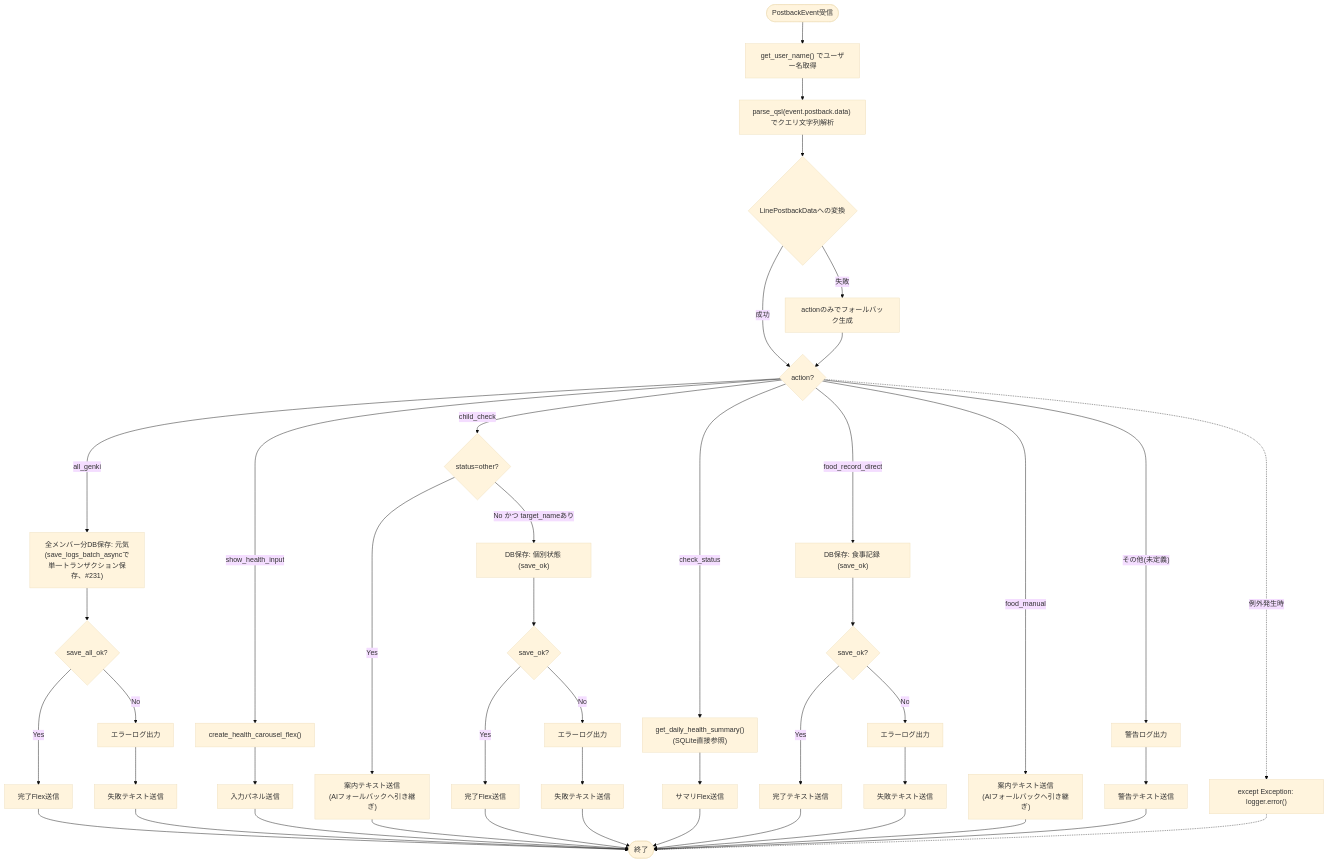
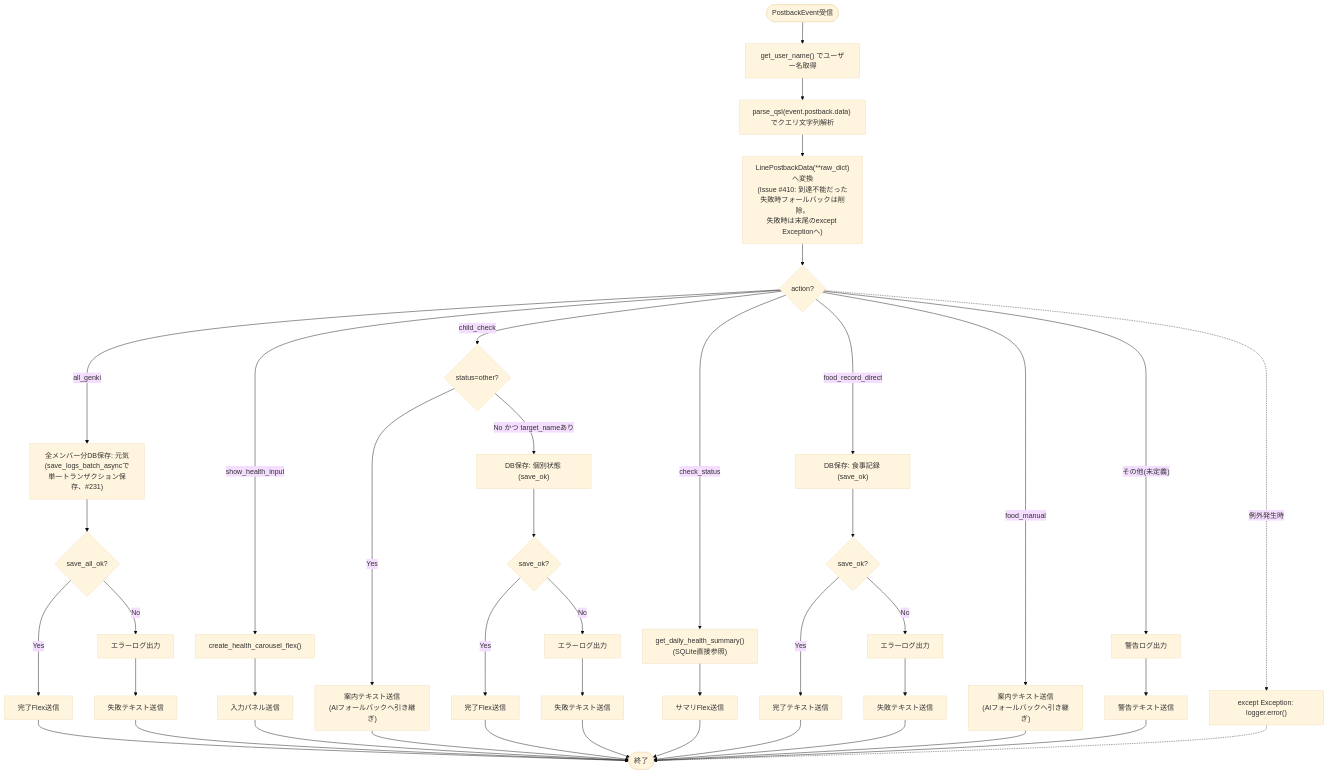
One commit to mmtigers/my_python_project changed the first of 2 diagrams in docs/specifications/MY_HOME_SYSTEM/line_logic.md. Above: the diagram before and after it, drawn with Mermaid (base theme). The commit also changed other lines of this file and 211 other files, not shown here.

````diff
--- a/docs/specifications/MY_HOME_SYSTEM/line_logic.md
+++ b/docs/specifications/MY_HOME_SYSTEM/line_logic.md
@@ -260,39 +219,38 @@
 ```mermaid
 flowchart TD
     Start([PostbackEvent受信]) --> GetUser["get_user_name() でユーザー名取得"]
     GetUser --> ParseQS["parse_qsl(event.postback.data) でクエリ文字列解析"]
-    ParseQS --> ModelParse{"LinePostbackDataへの変換"}
-    ModelParse -- 成功 --> ActionCheck{"action?"}
-    ModelParse -- 失敗 --> Fallback["actionのみでフォールバック生成"] --> ActionCheck
+    ParseQS --> ModelParse["LinePostbackData(**raw_dict)へ変換<br>(Issue #410: 到達不能だった失敗時フォールバックは削除。<br>失敗時は末尾のexcept Exceptionへ)"]
+    ModelParse --> ActionCheck{"action?"}
 
     ActionCheck -->|"all_genki"| PB_AllGenki["全メンバー分DB保存: 元気<br>(save_logs_batch_asyncで単一トランザクション保存、#231)"] --> PB_AllGenkiCheck{"save_all_ok?"}
     PB_AllGenkiCheck -->|No| PB_AllGenkiFail["エラーログ出力"] --> PB_Reply1b["失敗テキスト送信"]
     PB_AllGenkiCheck -->|Yes| PB_Reply1["完了Flex送信"]
     ActionCheck -->|"show_health_input"| PB_Show["create_health_carousel_flex()"] --> PB_Reply2["入力パネル送信"]
     ActionCheck -->|"child_check"| StatusCheck{"status=other?"}
     StatusCheck -->|Yes| PB_Prompt["案内テキスト送信<br>(AIフォールバックへ引き継ぎ)"]
     StatusCheck -->|No かつ target_nameあり| PB_ChildLog["DB保存: 個別状態 (save_ok)"] --> PB_ChildCheck{"save_ok?"}
     PB_ChildCheck -->|No| PB_ChildFail["エラーログ出力"] --> PB_Reply4b["失敗テキスト送信"]
     PB_ChildCheck -->|Yes| PB_Reply4["完了Flex送信"]
     ActionCheck -->|"check_status"| PB_Summary["get_daily_health_summary()<br>(SQLite直接参照)"] --> PB_Reply5["サマリFlex送信"]
     ActionCheck -->|"food_record_direct"| PB_FoodDirect["DB保存: 食事記録 (save_ok)"] --> PB_FoodCheck{"save_ok?"}
     PB_FoodCheck -->|No| PB_FoodFail["エラーログ出力"] --> PB_Reply6b["失敗テキスト送信"]
     PB_FoodCheck -->|Yes| PB_Reply6a["完了テキスト送信"]
     ActionCheck -->|"food_manual"| PB_FoodManual["案内テキスト送信<br>(AIフォールバックへ引き継ぎ)"]
     ActionCheck -->|"その他(未定義)"| PB_Fallback["警告ログ出力"] --> PB_Reply7["警告テキスト送信"]
 
     PB_Reply1 --> End([終了])
     PB_Reply1b --> End
     PB_Reply2 --> End
     PB_Prompt --> End
     PB_Reply4 --> End
     PB_Reply4b --> End
     PB_Reply5 --> End
     PB_Reply6a --> End
     PB_Reply6b --> End
     PB_FoodManual --> End
     PB_Reply7 --> End
 
     ActionCheck -.->|"例外発生時"| ExHandler["except Exception: logger.error()"] -.-> End
 
 ```
````
